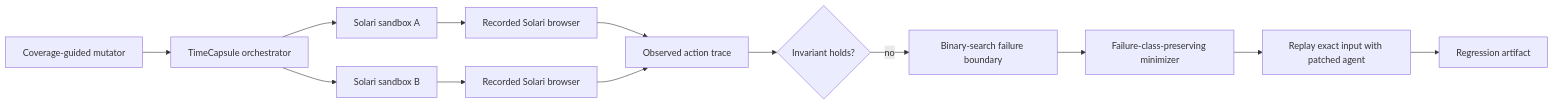
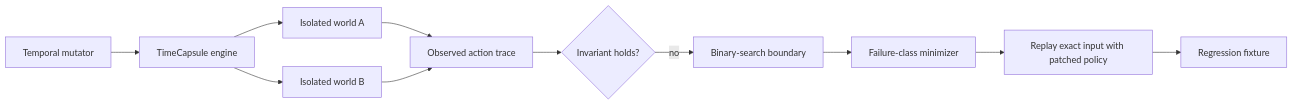
Before and after one commit to qeinstein/solari-cookbook: the diagram in examples/timecapsule-py/README.md, drawn with Mermaid. The commit also changed other lines of this file and 1 other file, not shown here.

Commit message:
Retheme TimeCapsule product README

````diff
--- a/examples/timecapsule-py/README.md
+++ b/examples/timecapsule-py/README.md
@@ -44,15 +95,13 @@
 ```mermaid
 flowchart LR
-  G[Coverage-guided mutator] --> O[TimeCapsule orchestrator]
-  O --> S1[Solari sandbox A]
-  O --> S2[Solari sandbox B]
-  S1 --> B1[Recorded Solari browser]
-  S2 --> B2[Recorded Solari browser]
-  B1 --> T[Observed action trace]
-  B2 --> T
+  G[Temporal mutator] --> O[TimeCapsule engine]
+  O --> W1[Isolated world A]
+  O --> W2[Isolated world B]
+  W1 --> T[Observed action trace]
+  W2 --> T
   T --> I{Invariant holds?}
-  I -- no --> B[Binary-search failure boundary]
-  B --> M[Failure-class-preserving minimizer]
-  M --> R[Replay exact input with patched agent]
-  R --> X[Regression artifact]
+  I -- no --> B[Binary-search boundary]
+  B --> M[Failure-class minimizer]
+  M --> R[Replay exact input with patched policy]
+  R --> X[Regression fixture]
 ```
````
